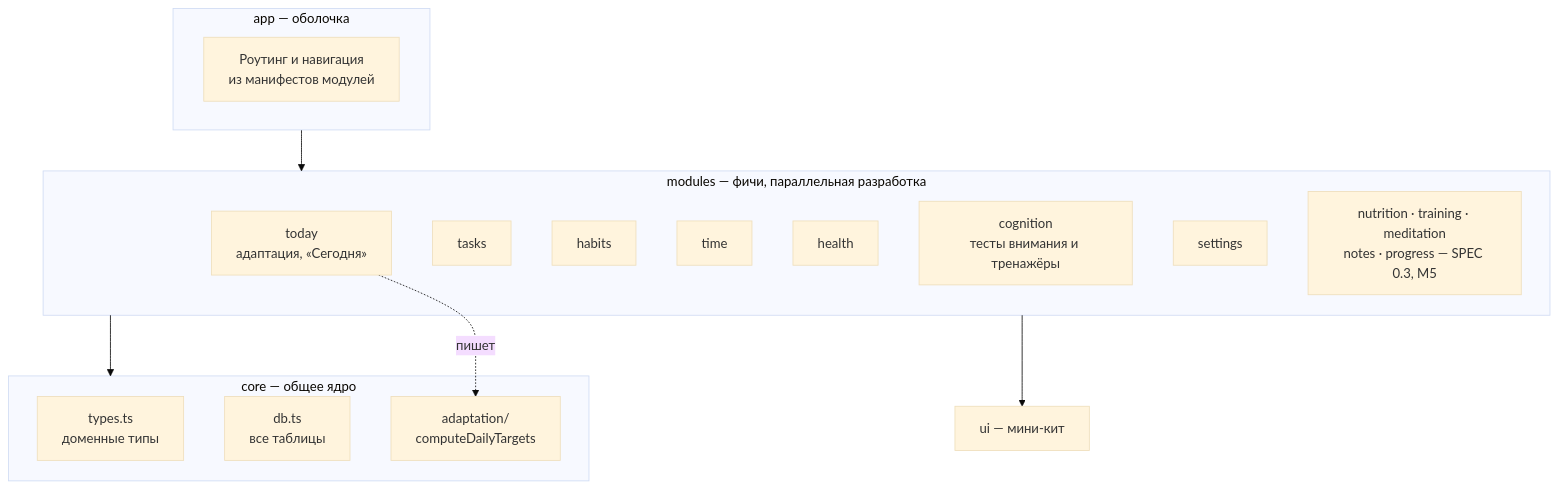
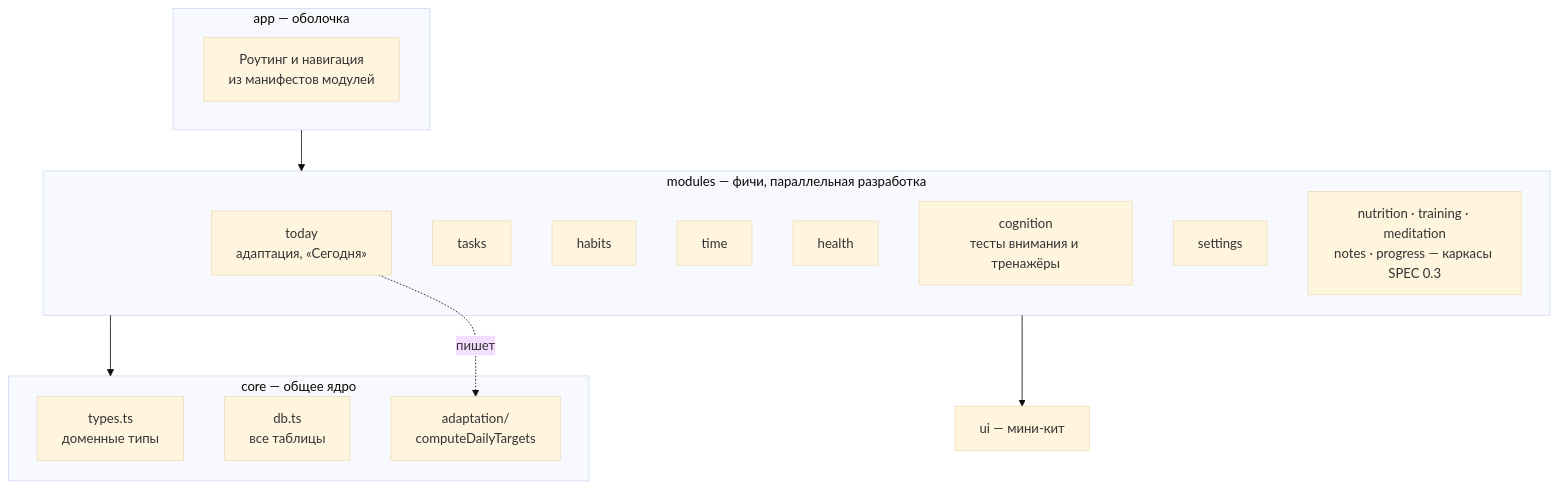
Before and after one commit to Manificento/Productivity: the second of 3 diagrams in docs/architecture.md, drawn with Mermaid (base theme). The commit also changed other lines of this file and 5 other files, not shown here.

````diff
--- a/docs/architecture.md
+++ b/docs/architecture.md
@@ -19,27 +19,27 @@
 ```mermaid
 flowchart TB
   subgraph shell[app — оболочка]
     router[Роутинг и навигация<br/>из манифестов модулей]
   end
   subgraph modules[modules — фичи, параллельная разработка]
     today[today<br/>адаптация, «Сегодня»]
     tasks[tasks]
     habits[habits]
     time[time]
     health[health]
     cognition[cognition<br/>тесты внимания и тренажёры]
     settings[settings]
-    planned[nutrition · training · meditation<br/>notes · progress — SPEC 0.3, M5]
+    planned[nutrition · training · meditation<br/>notes · progress — каркасы SPEC 0.3]
   end
   subgraph kernel[core — общее ядро]
     types[types.ts<br/>доменные типы]
     dbm[db.ts<br/>все таблицы]
     engine[adaptation/<br/>computeDailyTargets]
   end
   ui[ui — мини-кит]
 
   shell --> modules
   modules --> kernel
   modules --> ui
   today -. пишет .-> engine
 ```
````
